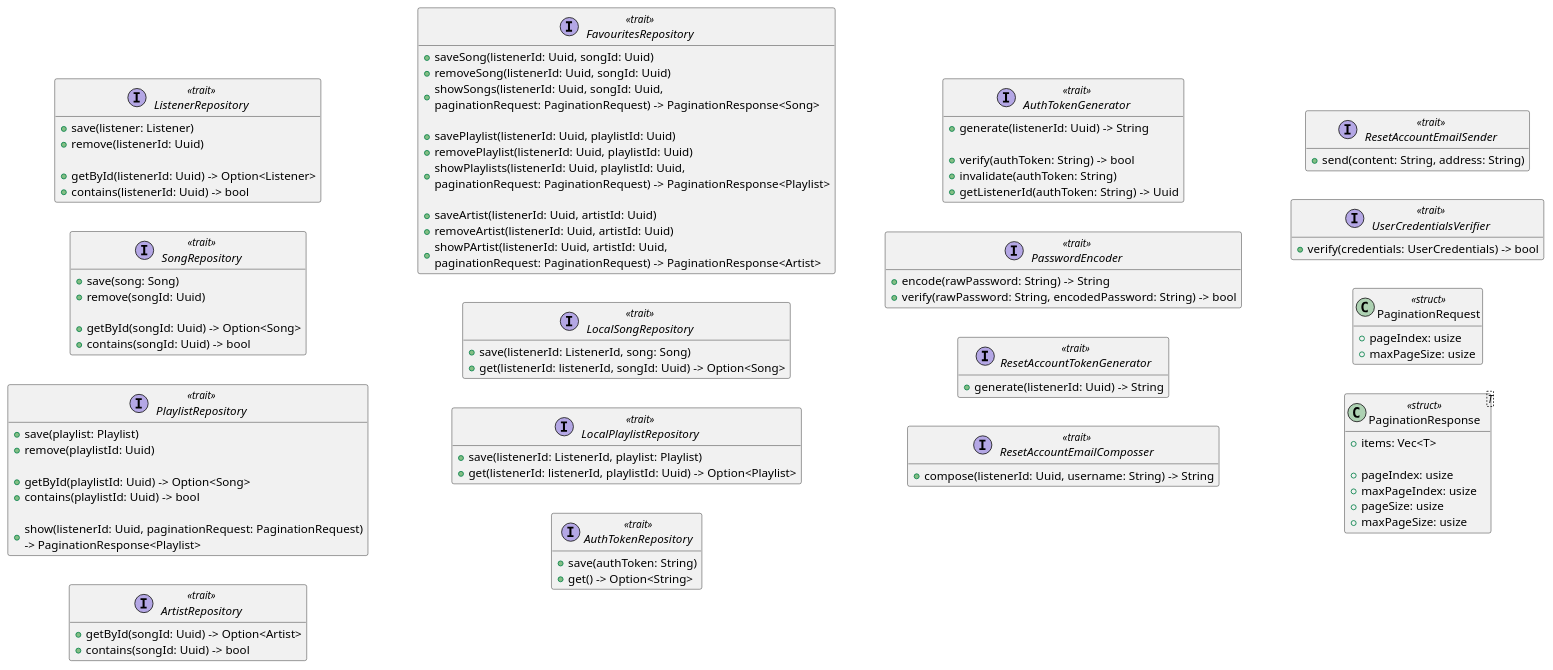
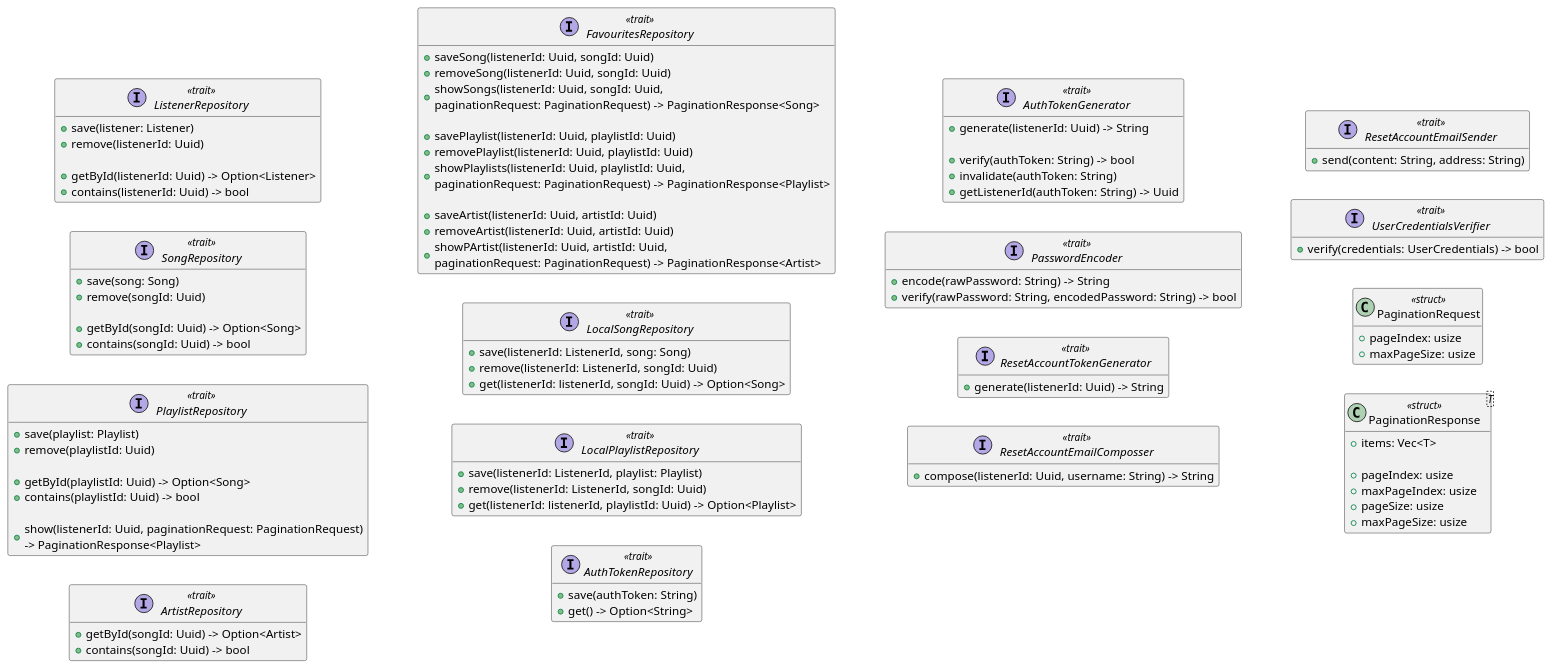
One commit to NTDuck/curtain-call changed the diagram in class-diagrams/gateways-class-diagram.puml. Above: the diagram before and after it, drawn with PlantUML. The commit also changed 2 other files, not shown here.

```diff
--- a/class-diagrams/gateways-class-diagram.puml
+++ b/class-diagrams/gateways-class-diagram.puml
@@ -1,110 +1,112 @@
 @startuml
 
 left to right direction
 hide empty members
 skinparam BackgroundColor transparent
 
 interface ListenerRepository <<trait>> {
     + save(listener: Listener)
     + remove(listenerId: Uuid)
     
     + getById(listenerId: Uuid) -> Option<Listener>
     + contains(listenerId: Uuid) -> bool
 }
 
 interface SongRepository <<trait>> {
     + save(song: Song)
     + remove(songId: Uuid)
     
     + getById(songId: Uuid) -> Option<Song>
     + contains(songId: Uuid) -> bool
 }
 
 interface PlaylistRepository <<trait>> {
     + save(playlist: Playlist)
     + remove(playlistId: Uuid)
     
     + getById(playlistId: Uuid) -> Option<Song>
     + contains(playlistId: Uuid) -> bool
 
     + show(listenerId: Uuid, paginationRequest: PaginationRequest)\n-> PaginationResponse<Playlist>
 }
 
 interface ArtistRepository <<trait>> {
     + getById(songId: Uuid) -> Option<Artist>
     + contains(songId: Uuid) -> bool
 }
 
 interface FavouritesRepository <<trait>> {
     + saveSong(listenerId: Uuid, songId: Uuid)
     + removeSong(listenerId: Uuid, songId: Uuid)
     + showSongs(listenerId: Uuid, songId: Uuid, \npaginationRequest: PaginationRequest) -> PaginationResponse<Song>
 
     + savePlaylist(listenerId: Uuid, playlistId: Uuid)
     + removePlaylist(listenerId: Uuid, playlistId: Uuid)
     + showPlaylists(listenerId: Uuid, playlistId: Uuid, \npaginationRequest: PaginationRequest) -> PaginationResponse<Playlist>
 
     + saveArtist(listenerId: Uuid, artistId: Uuid)
     + removeArtist(listenerId: Uuid, artistId: Uuid)
     + showPArtist(listenerId: Uuid, artistId: Uuid, \npaginationRequest: PaginationRequest) -> PaginationResponse<Artist>
 }
 
 interface LocalSongRepository <<trait>> {
     + save(listenerId: ListenerId, song: Song)
+    + remove(listenerId: ListenerId, songId: Uuid)
     + get(listenerId: listenerId, songId: Uuid) -> Option<Song>
 }
 
 interface LocalPlaylistRepository <<trait>> {
     + save(listenerId: ListenerId, playlist: Playlist)
+    + remove(listenerId: ListenerId, songId: Uuid)
     + get(listenerId: listenerId, playlistId: Uuid) -> Option<Playlist>
 }
 
 interface AuthTokenRepository <<trait>> {
     + save(authToken: String)
     + get() -> Option<String>
 }
 
 interface AuthTokenGenerator <<trait>> {
     + generate(listenerId: Uuid) -> String
 
     + verify(authToken: String) -> bool
     + invalidate(authToken: String)
     + getListenerId(authToken: String) -> Uuid
 }
 
 interface PasswordEncoder <<trait>> {
     + encode(rawPassword: String) -> String
     + verify(rawPassword: String, encodedPassword: String) -> bool
 }
 
 interface ResetAccountTokenGenerator <<trait>> {
     + generate(listenerId: Uuid) -> String
 }
 
 interface ResetAccountEmailComposser <<trait>> {
     + compose(listenerId: Uuid, username: String) -> String
 }
 
 interface ResetAccountEmailSender <<trait>> {
     + send(content: String, address: String)
 }
 
 interface UserCredentialsVerifier <<trait>> {
     + verify(credentials: UserCredentials) -> bool
 }
 
 class PaginationRequest <<struct>> {
     + pageIndex: usize
     + maxPageSize: usize
 }
 
 class PaginationResponse<T> <<struct>> {
     + items: Vec<T>
 
     + pageIndex: usize
     + maxPageIndex: usize
     + pageSize: usize
     + maxPageSize: usize
 }
 
 @enduml
```
